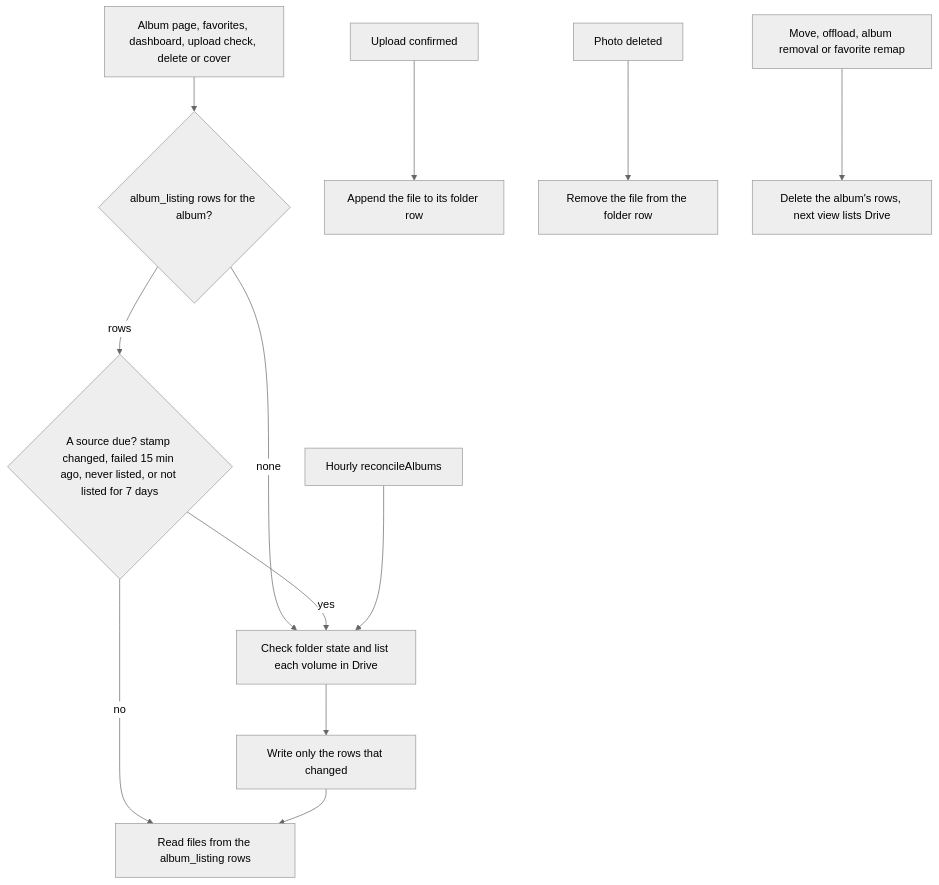
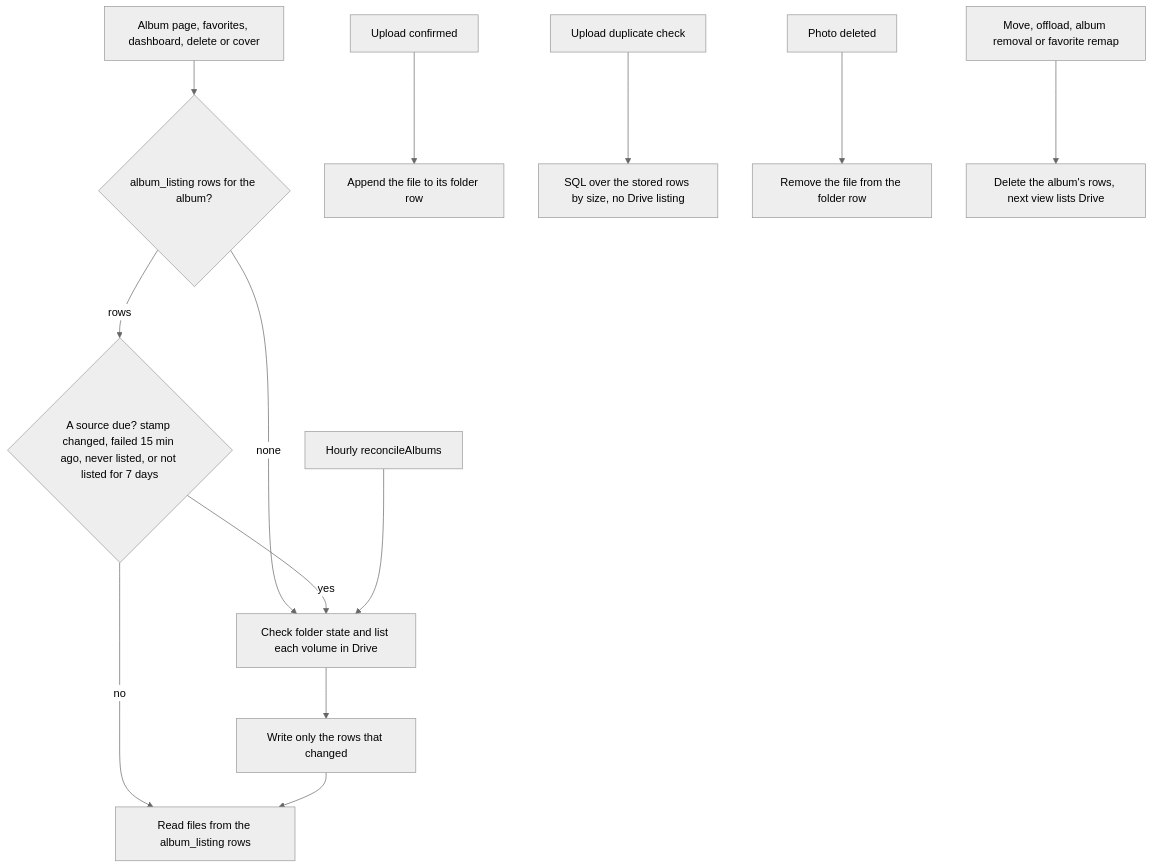
Before and after one commit to sagyzdop/meriksirat: the diagram in docs/scenarios/state/album-listing.md, drawn with Mermaid (neutral theme). The commit also changed other lines of this file and 69 other files, not shown here.

````diff
--- a/docs/scenarios/state/album-listing.md
+++ b/docs/scenarios/state/album-listing.md
@@ -7,14 +7,15 @@
 ```mermaid
 flowchart TD
-    A[Album page, favorites, dashboard, upload check, delete or cover] --> B{album_listing rows for the album?}
+    A[Album page, favorites, dashboard, delete or cover] --> B{album_listing rows for the album?}
     B -- none --> D[Check folder state and list each volume in Drive]
     B -- rows --> C{A source due? stamp changed, failed 15 min ago, never listed, or not listed for 7 days}
     C -- no --> R[Read files from the album_listing rows]
     C -- yes --> D
     D --> E[Write only the rows that changed]
     E --> R
     U[Upload confirmed] --> U2[Append the file to its folder row]
+    S[Upload duplicate check] --> S2[SQL over the stored rows by size, no Drive listing]
     X[Photo deleted] --> X2[Remove the file from the folder row]
     M[Move, offload, album removal or favorite remap] --> M2[Delete the album's rows, next view lists Drive]
     H[Hourly reconcileAlbums] --> D
 ```
````
